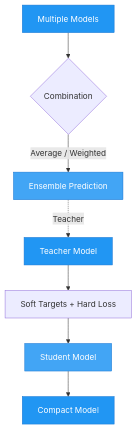
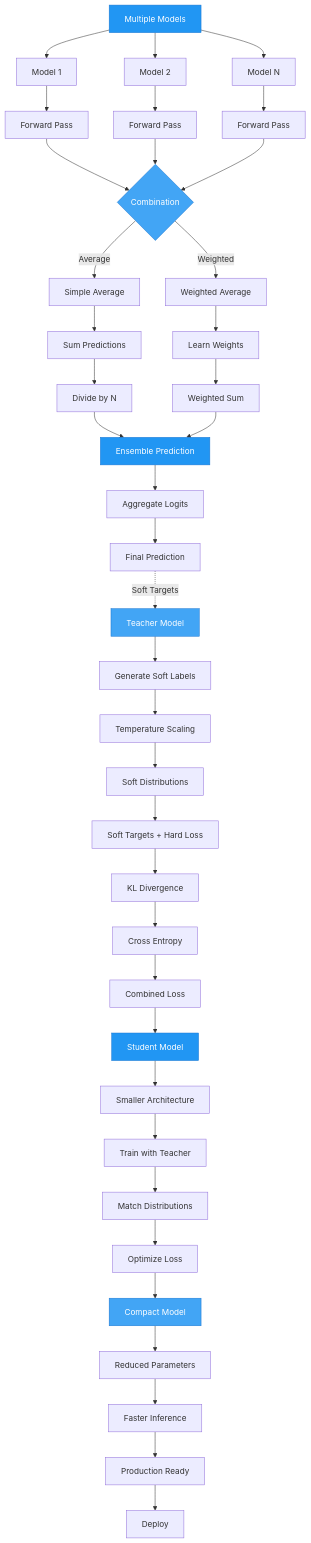
One commit to theja-vanka/AutoTimm changed the diagram in docs/examples/integration/hf_ensemble.md. Above: the diagram before and after it, drawn with Mermaid. The commit also changed 48 other files, not shown here.

````diff
--- a/docs/examples/integration/hf_ensemble.md
+++ b/docs/examples/integration/hf_ensemble.md
@@ -7,15 +7,57 @@
 ```mermaid
 graph TD
-    A[Multiple Models] --> B{Combination}
-    B -->|Average / Weighted| C[Ensemble Prediction]
-    C -.Teacher.-> D[Teacher Model]
-    D --> E[Soft Targets + Hard Loss]
-    E --> F[Student Model]
-    F --> G[Compact Model]
+    A[Multiple Models] --> A1[Model 1]
+    A --> A2[Model 2]
+    A --> A3[Model N]
+    
+    A1 --> A1a[Forward Pass]
+    A2 --> A2a[Forward Pass]
+    A3 --> A3a[Forward Pass]
+    
+    A1a --> B{Combination}
+    A2a --> B
+    A3a --> B
+    
+    B -->|Average| C1[Simple Average]
+    C1 --> C1a[Sum Predictions]
+    C1a --> C1b[Divide by N]
+    
+    B -->|Weighted| C2[Weighted Average]
+    C2 --> C2a[Learn Weights]
+    C2a --> C2b[Weighted Sum]
+    
+    C1b --> C[Ensemble Prediction]
+    C2b --> C
+    
+    C --> C3[Aggregate Logits]
+    C3 --> C4[Final Prediction]
+    C4 -."Soft Targets".-> D[Teacher Model]
+    
+    D --> D1[Generate Soft Labels]
+    D1 --> D2[Temperature Scaling]
+    D2 --> D3[Soft Distributions]
+    D3 --> E[Soft Targets + Hard Loss]
+    
+    E --> E1[KL Divergence]
+    E1 --> E2[Cross Entropy]
+    E2 --> E3[Combined Loss]
+    E3 --> F[Student Model]
+    
+    F --> F1[Smaller Architecture]
+    F1 --> F2[Train with Teacher]
+    F2 --> F3[Match Distributions]
+    F3 --> F4[Optimize Loss]
+    F4 --> G[Compact Model]
+    
+    G --> G1[Reduced Parameters]
+    G1 --> G2[Faster Inference]
+    G2 --> G3[Production Ready]
+    G3 --> G4[Deploy]
 
     style A fill:#2196F3,stroke:#1976D2,color:#fff
-    style C fill:#42A5F5,stroke:#1976D2,color:#fff
-    style D fill:#2196F3,stroke:#1976D2,color:#fff
-    style F fill:#42A5F5,stroke:#1976D2,color:#fff
-    style G fill:#2196F3,stroke:#1976D2,color:#fff
+    style B fill:#42A5F5,stroke:#1976D2,color:#fff
+    style C fill:#2196F3,stroke:#1976D2,color:#fff
+    style D fill:#42A5F5,stroke:#1976D2,color:#fff
+    style F fill:#2196F3,stroke:#1976D2,color:#fff
+    style G fill:#42A5F5,stroke:#1976D2,color:#fff
 ```
````
